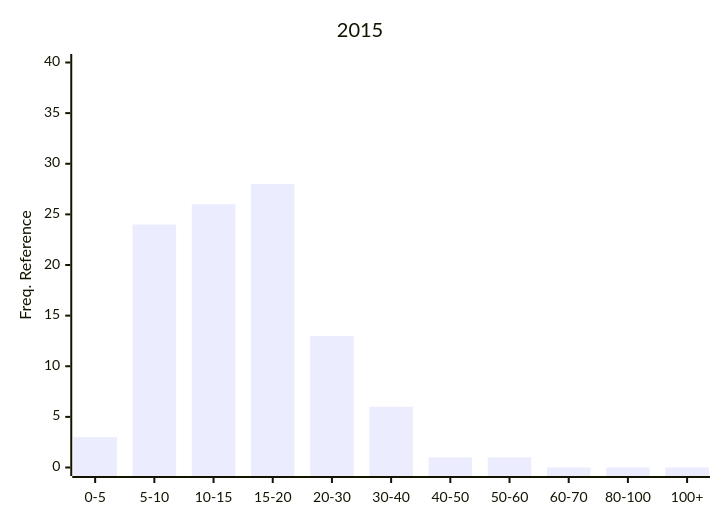
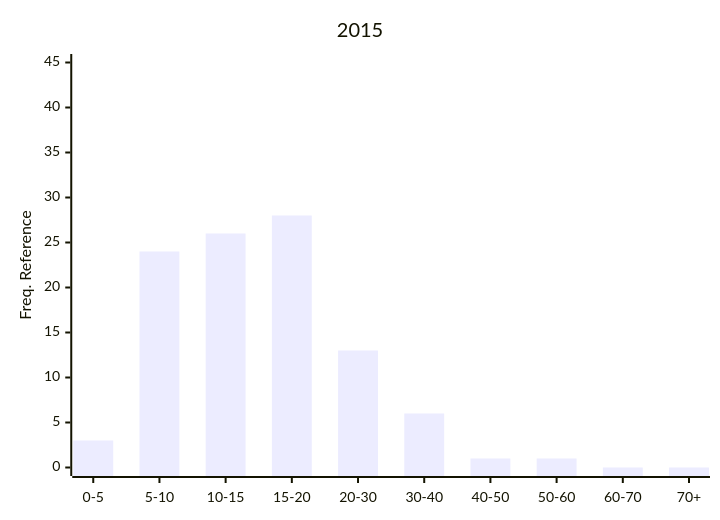
Diagram 19 of 29 in README.md (Nemus-Project/fair-nime-2026), drawn with Mermaid before and after one commit. The commit also changed other lines of this file, not shown here.

Commit message:
add freq charts

````diff
--- a/README.md
+++ b/README.md
@@ -601,7 +604,7 @@
 ```mermaid
 xychart-beta
     title "2015"
-    x-axis ["0-5", "5-10", "10-15", "15-20", "20-30", "30-40", "40-50", "50-60", "60-70", "80-100", "100+"]
-    y-axis "Freq. Reference" 0 --> 40
-    bar [3, 24, 26, 28, 13, 6, 1, 1, 0, 0, 0]
+    x-axis ["0-5", "5-10", "10-15", "15-20", "20-30", "30-40", "40-50", "50-60", "60-70", "70+"]
+    y-axis "Freq. Reference" 0 --> 45
+    bar [3, 24, 26, 28, 13, 6, 1, 1, 0, 0]
 ```    
````
